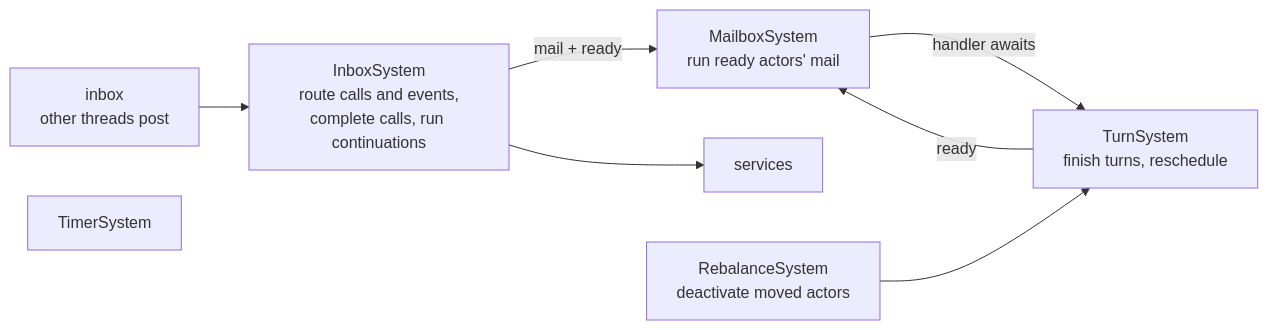
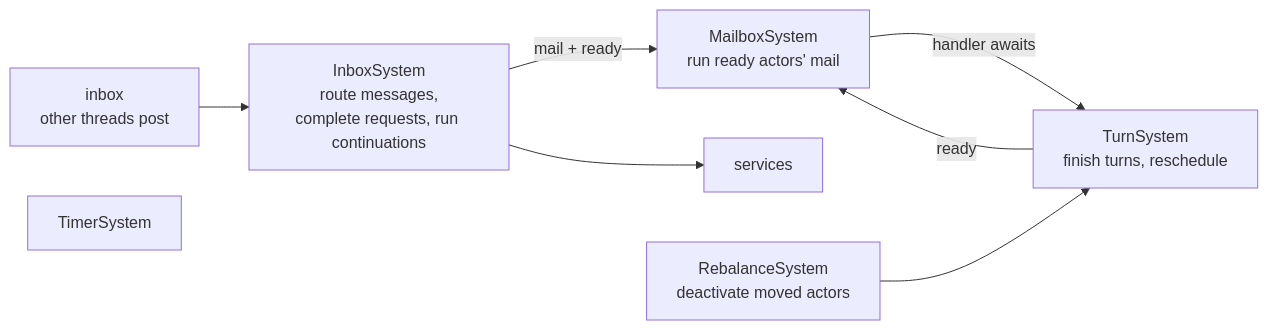
Before and after one commit to JasonXuDeveloper/DaServer: the fourth of 4 diagrams in doc/design.md, drawn with Mermaid. The commit also changed other lines of this file and 5 other files, not shown here.

Commit message:
docs: message-first model (ADR-035): vocabulary, example, design, roadmap

````diff
--- a/doc/design.md
+++ b/doc/design.md
@@ -251,10 +257,10 @@
 ```mermaid
 flowchart LR
-    IN[inbox<br/>other threads post] --> I[InboxSystem<br/>route calls and events,<br/>complete calls, run continuations]
+    IN[inbox<br/>other threads post] --> I[InboxSystem<br/>route messages,<br/>complete requests, run continuations]
     I -->|mail + ready| M[MailboxSystem<br/>run ready actors' mail]
     I --> S[services]
     M -->|handler awaits| T[TurnSystem<br/>finish turns, reschedule]
     T -->|ready| M
     R[RebalanceSystem<br/>deactivate moved actors] --> T
     TM[TimerSystem]
 ```
````
